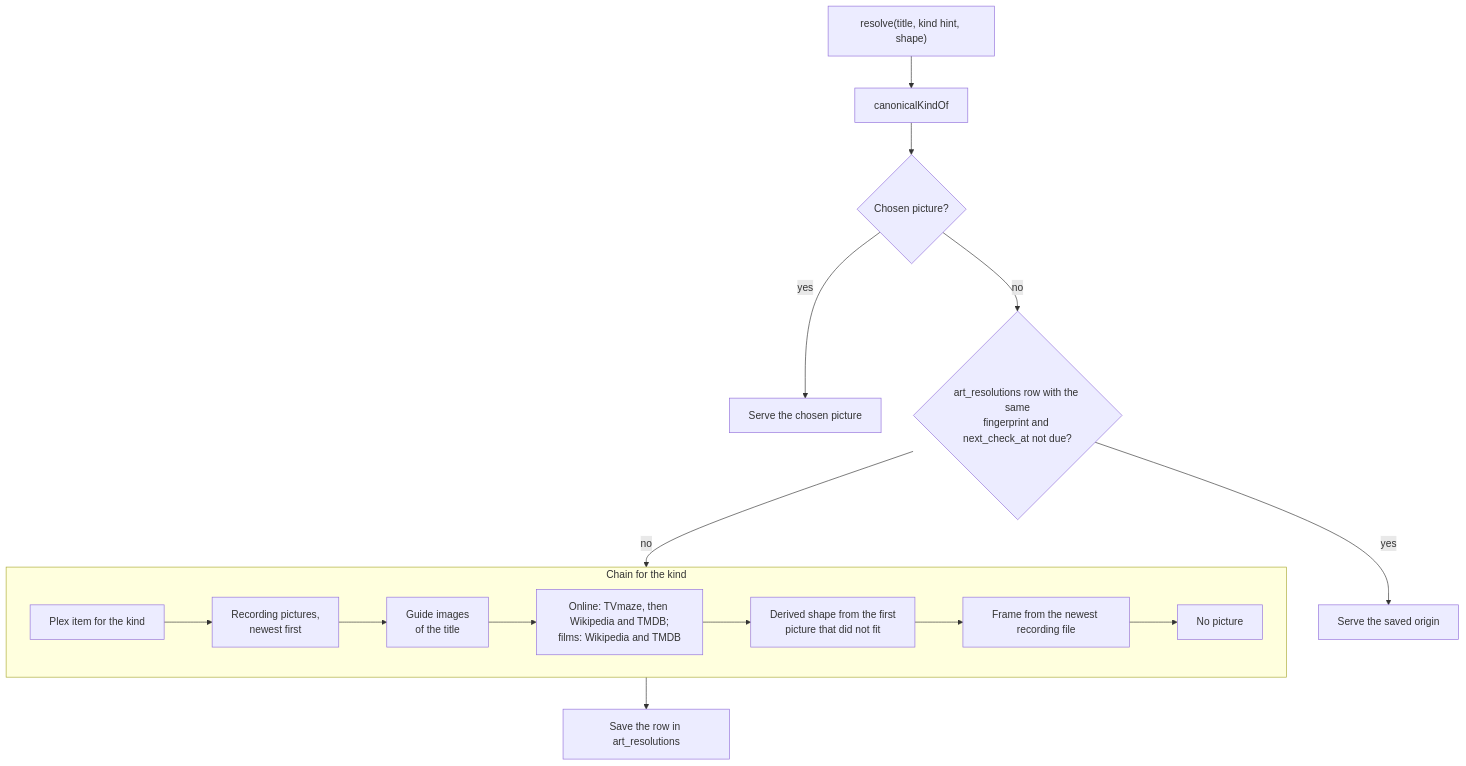
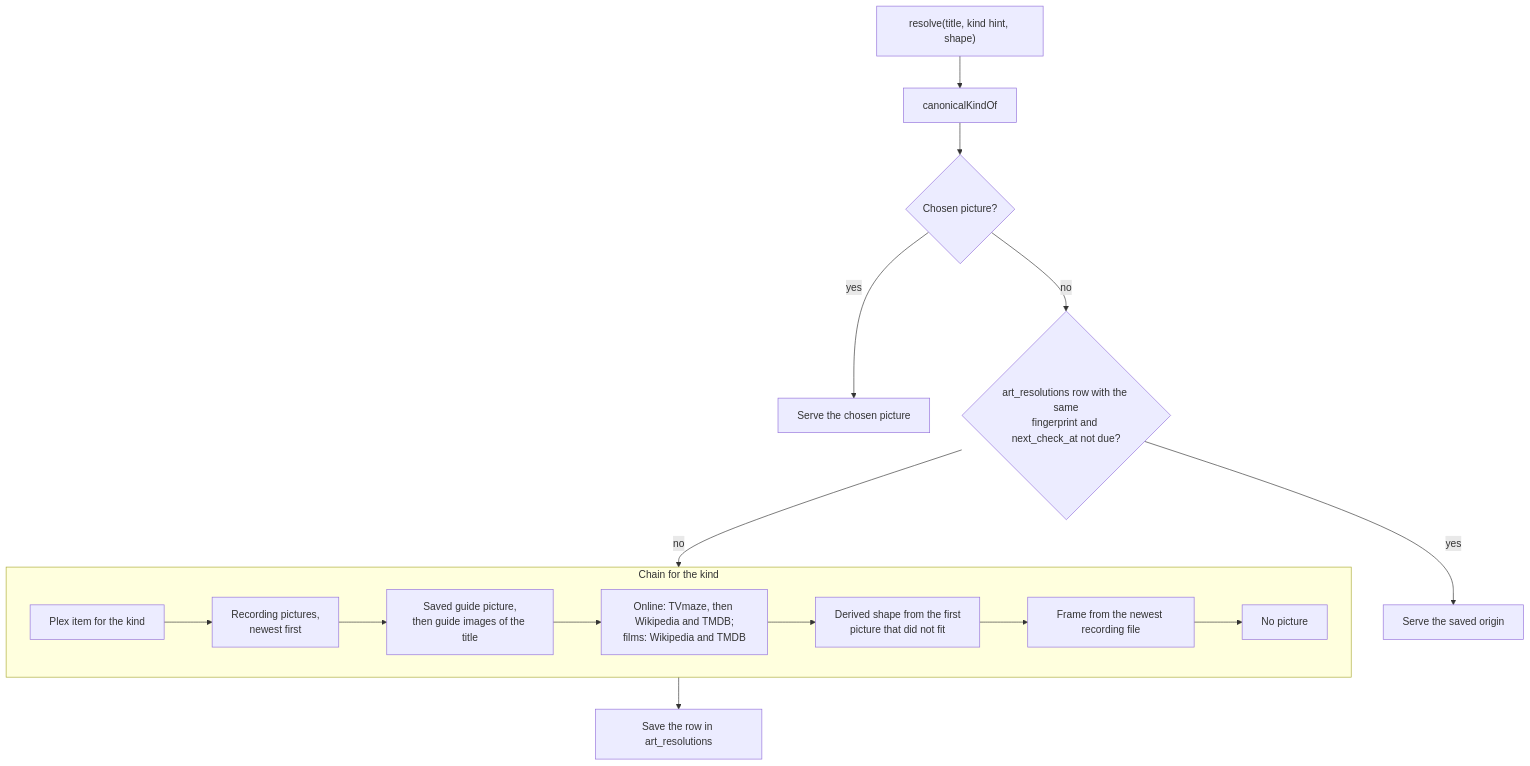
The ninth of 9 diagrams in docs/DEEP_DIVE.md (furey/freetvarr), drawn with Mermaid before and after one commit. The commit also changed other lines of this file and 17 other files, not shown here.

Commit message:
Saved one guide picture per title after each guide import and served it before the live address, added the Guide pictures health check for hosts that fail half their picture downloads, and took pictures from Freeview for Australian titles with no working guide picture.

````diff
--- a/docs/DEEP_DIVE.md
+++ b/docs/DEEP_DIVE.md
@@ -1194,18 +1195,18 @@
 ```mermaid
 flowchart TD
   request["resolve(title, kind hint, shape)"] --> kind["canonicalKindOf"]
   kind --> choice{"Chosen picture?"}
   choice -- yes --> serveChoice["Serve the chosen picture"]
   choice -- no --> saved{"art_resolutions row with the same<br>fingerprint and next_check_at not due?"}
   saved -- yes --> serveSaved["Serve the saved origin"]
   saved -- no --> chain
   subgraph chain["Chain for the kind"]
     plex["Plex item for the kind"] --> recording["Recording pictures,<br>newest first"]
-    recording --> guide["Guide images<br>of the title"]
+    recording --> guide["Saved guide picture,<br>then guide images of the title"]
     guide --> online["Online: TVmaze, then Wikipedia and TMDB;<br>films: Wikipedia and TMDB"]
     online --> derived["Derived shape from the first<br>picture that did not fit"]
     derived --> frame["Frame from the newest recording file"]
     frame --> none["No picture"]
   end
   chain --> store["Save the row in art_resolutions"]
 ```
````
